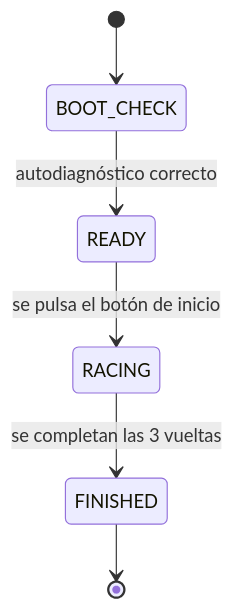
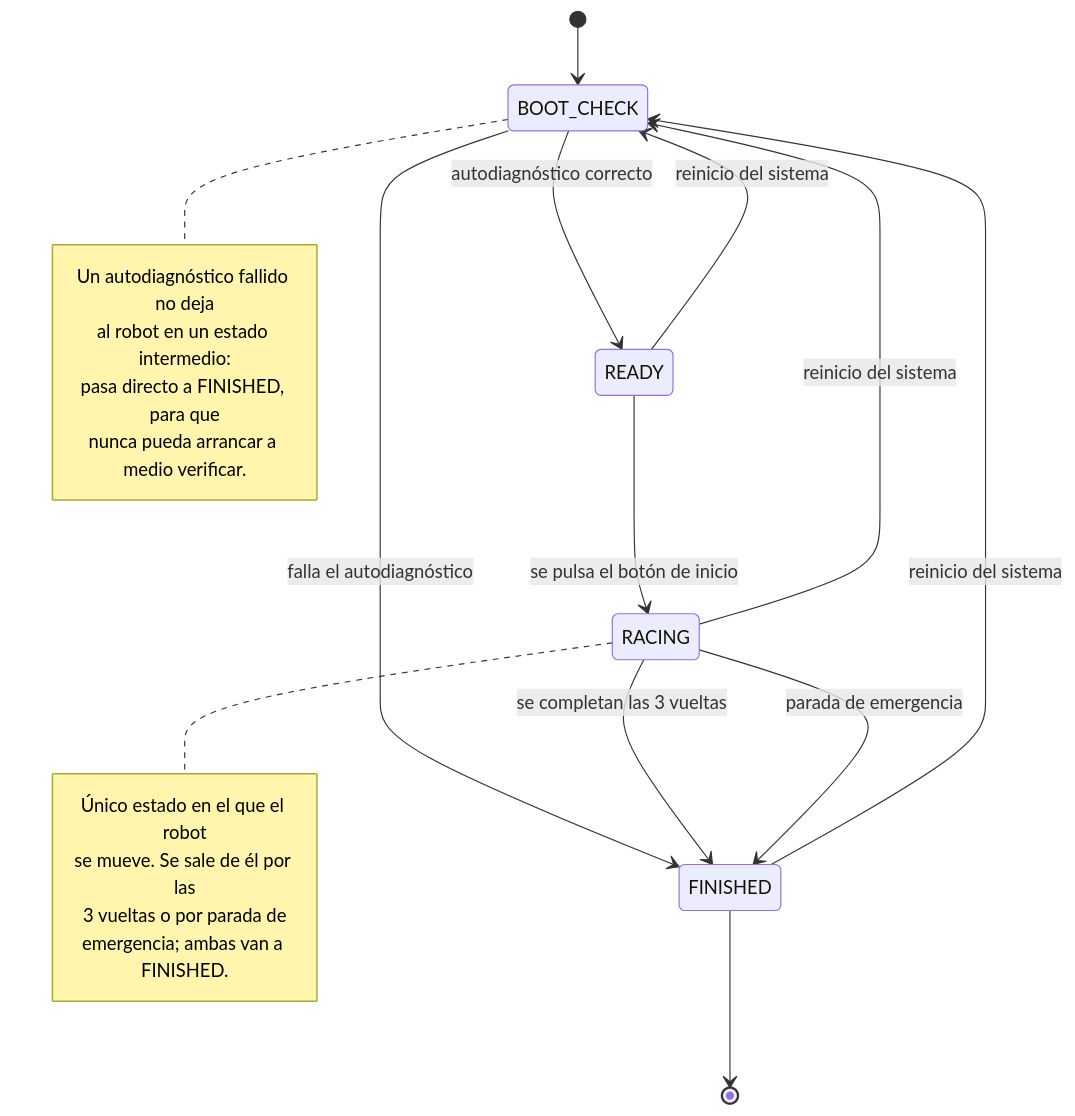
The diagram in docs/schemes/flowcharts/open/mermaid/maquina-estados.mmd (teamvoltimor/vtitan), drawn with Mermaid before and after one commit. The commit also changed 16 other files, not shown here.

```diff
--- a/docs/schemes/flowcharts/open/mermaid/maquina-estados.mmd
+++ b/docs/schemes/flowcharts/open/mermaid/maquina-estados.mmd
@@ -1,11 +1,37 @@
 %% Referencias de código (no se renderizan en el PNG, solo para mantenimiento futuro)
 %% Fuente: platform/robot/src/state_machine/core.py (StateMachine, _VALID_TRANSITIONS)
-%%         platform/robot/src/state_machine/types.py (los 4 estados)
+%%         platform/robot/src/state_machine/types.py (los 4 estados y los 6 motivos)
 %% Máquina de alto nivel compartida por Open y Obstacle Challenge.
+%% Las 8 transiciones dibujadas aquí son exactamente las de _VALID_TRANSITIONS:
+%% cualquier otra combinación estado/motivo es rechazada por can_transition().
 
 stateDiagram-v2
     [*] --> BOOT_CHECK
+
     BOOT_CHECK --> READY: autodiagnóstico correcto
+    BOOT_CHECK --> FINISHED: falla el autodiagnóstico
+
     READY --> RACING: se pulsa el botón de inicio
+    READY --> BOOT_CHECK: reinicio del sistema
+
     RACING --> FINISHED: se completan las 3 vueltas
+    RACING --> FINISHED: parada de emergencia
+    RACING --> BOOT_CHECK: reinicio del sistema
+
+    FINISHED --> BOOT_CHECK: reinicio del sistema
+
     FINISHED --> [*]
+
+    note right of BOOT_CHECK
+        Un autodiagnóstico fallido no deja
+        al robot en un estado intermedio:
+        pasa directo a FINISHED, para que
+        nunca pueda arrancar a medio verificar.
+    end note
+
+    note right of RACING
+        Único estado en el que el robot
+        se mueve. Se sale de él por las
+        3 vueltas o por parada de
+        emergencia; ambas van a FINISHED.
+    end note
```
